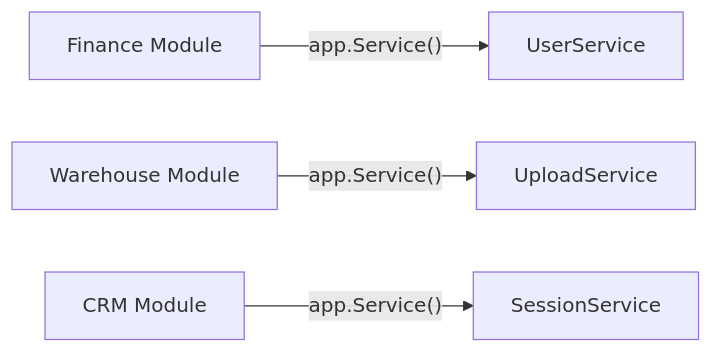
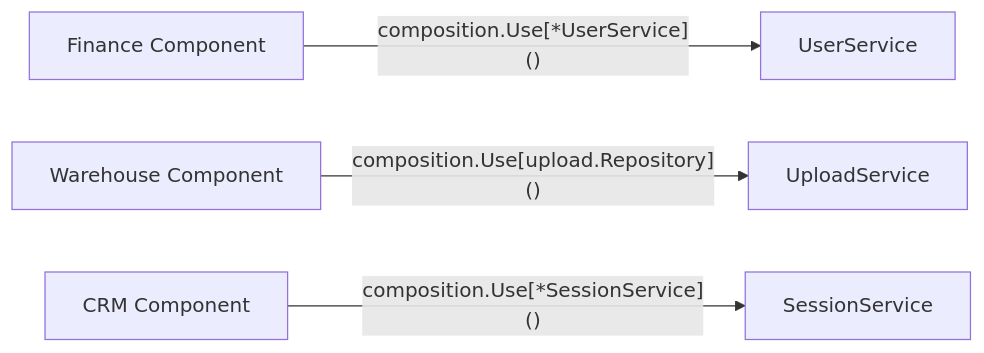
One commit to iota-uz/iota-sdk changed the third of 3 diagrams in docs/content/core/index.mdx. Above: the diagram before and after it, drawn with Mermaid. The commit also changed other lines of this file and 14 other files, not shown here.

Commit message:
docs: update module and composition guides

````diff
--- a/docs/content/core/index.mdx
+++ b/docs/content/core/index.mdx
@@ -224,6 +224,6 @@
 ```mermaid
 graph LR
-    A[Finance Module] -->|"app.Service()"| B[UserService]
-    C[Warehouse Module] -->|"app.Service()"| D[UploadService]
-    E[CRM Module] -->|"app.Service()"| F[SessionService]
+    A[Finance Component] -->|"composition.Use[*UserService]()"| B[UserService]
+    C[Warehouse Component] -->|"composition.Use[upload.Repository]()"| D[UploadService]
+    E[CRM Component] -->|"composition.Use[*SessionService]()"| F[SessionService]
 ```
````
